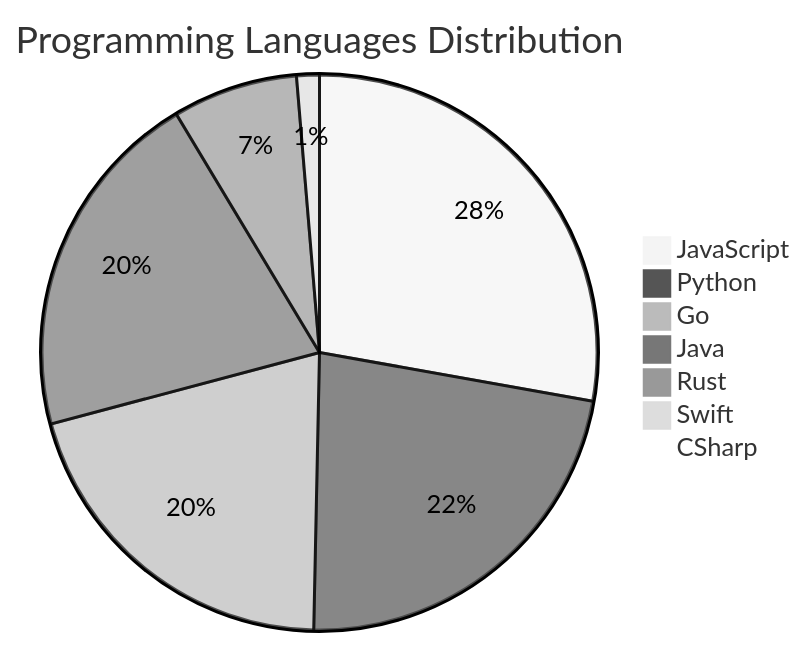
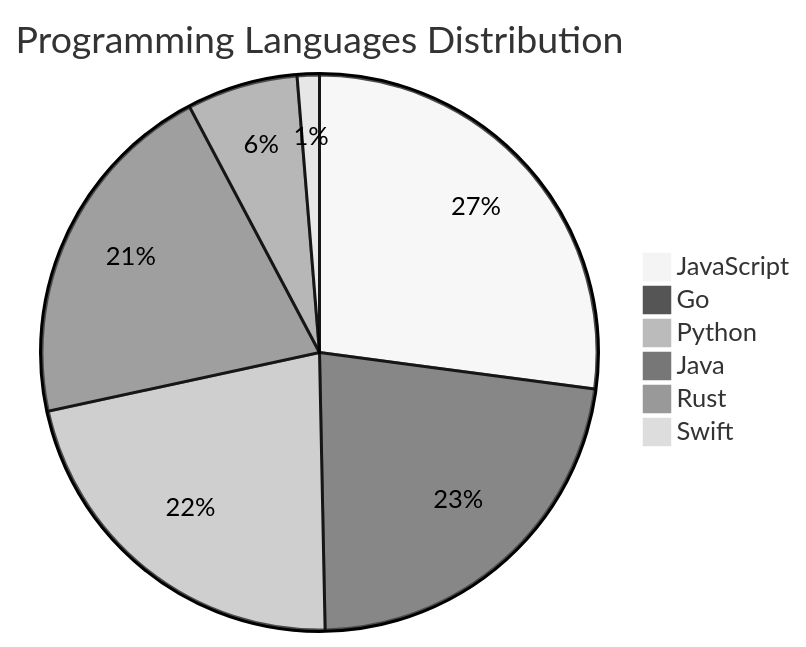
Before and after one commit to Derrick-MUGISHA/github-activity-bot: the diagram in README.md, drawn with Mermaid (neutral theme). The commit also changed other lines of this file and 4 other files, not shown here.

````diff
--- a/README.md
+++ b/README.md
@@ -207,10 +206,9 @@
 ```mermaid
 pie title Programming Languages Distribution
     "JavaScript" : 42
+    "Go" : 35
     "Python" : 34
-    "Go" : 31
-    "Java" : 31
-    "Rust" : 11
+    "Java" : 32
+    "Rust" : 10
     "Swift" : 2
-    "CSharp" : 1
 ```
````
